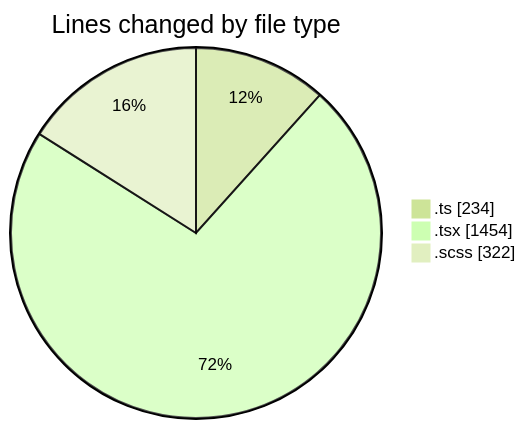
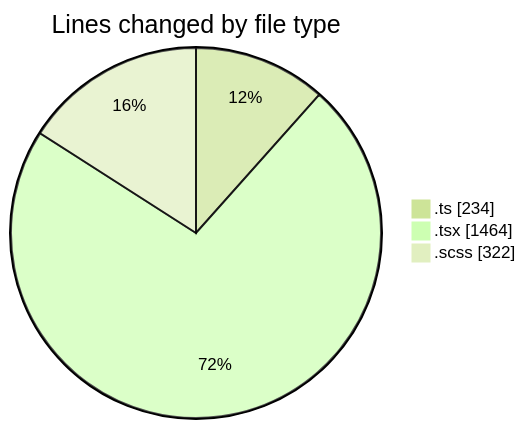
Before and after one commit to momahboobian/code-tracking: the first of 2 diagrams in 2025-05-01/cda/README.md, drawn with Mermaid (forest theme). The commit also changed other lines of this file and 1 other file, not shown here.

````diff
--- a/2025-05-01/cda/README.md
+++ b/2025-05-01/cda/README.md
@@ -30,7 +30,7 @@
 ```mermaid
 pie showData
 title Lines changed by file type
 ".ts" : 234
-".tsx" : 1454
+".tsx" : 1464
 ".scss" : 322
 ```
````
